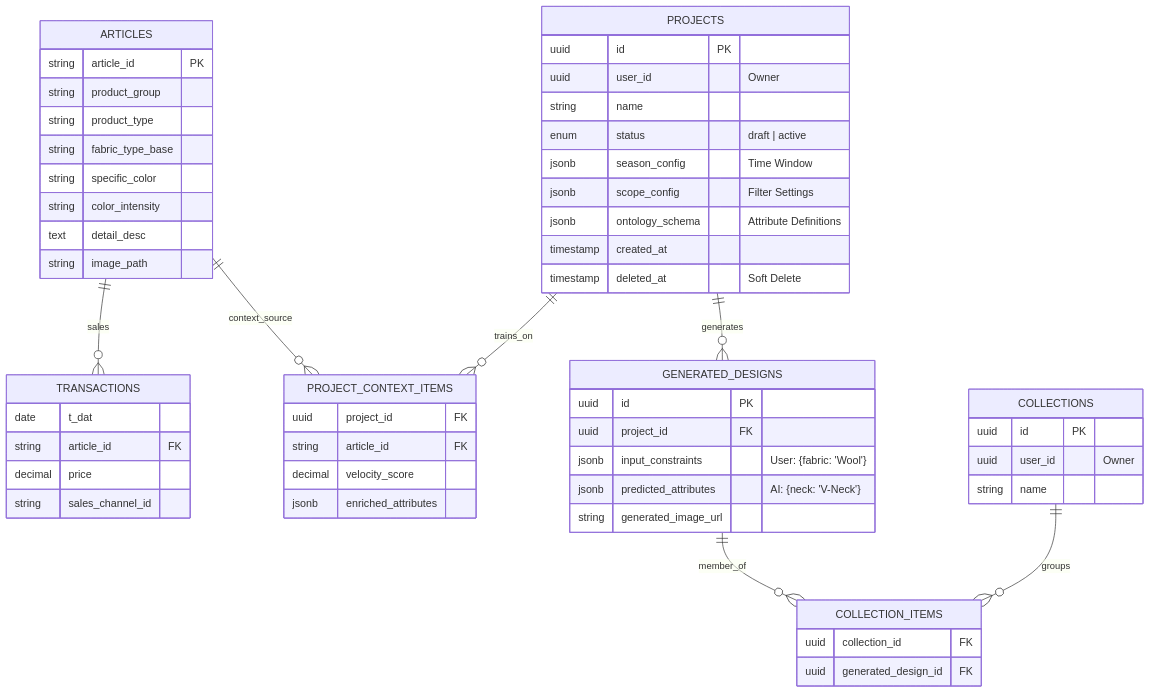
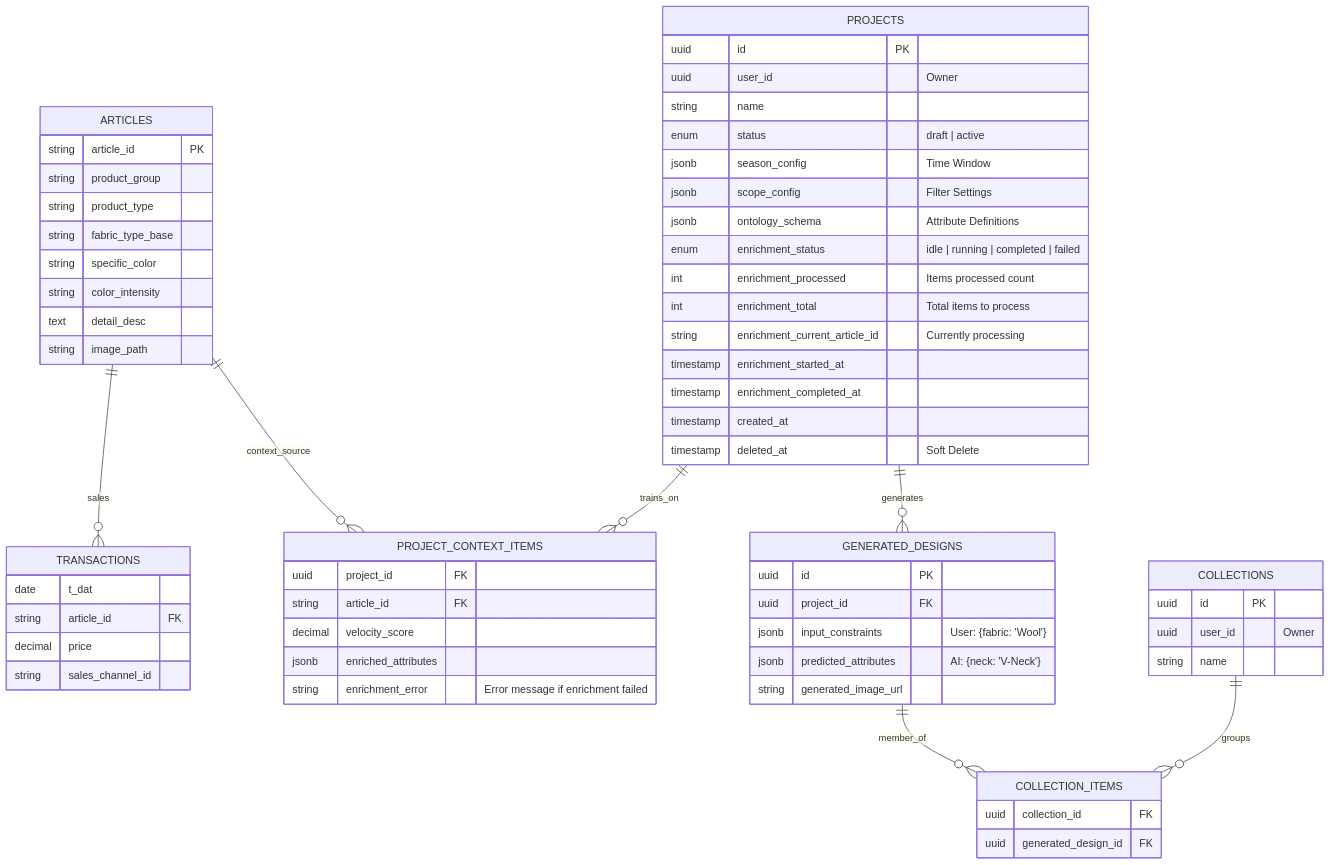
Before and after one commit to DaniPolishchuk/Fashion-Trend-Alchemist: the diagram in docs/DataModel.md, drawn with Mermaid. The commit also changed other lines of this file and 1 other file, not shown here.

````diff
--- a/docs/DataModel.md
+++ b/docs/DataModel.md
@@ -1,70 +1,77 @@
 ```mermaid
 erDiagram
     %% 1. STATIC CATALOGUE
     ARTICLES {
         string article_id PK
         string product_group
         string product_type
         string fabric_type_base
         string specific_color
         string color_intensity
         text detail_desc
         string image_path
     }
 
     TRANSACTIONS {
         date t_dat
         string article_id FK
         decimal price
         string sales_channel_id
     }
 
     %% 2. PROJECT STATE
     PROJECTS {
         uuid id PK
         uuid user_id "Owner"
         string name
         enum status "draft | active"
         jsonb season_config "Time Window"
         jsonb scope_config "Filter Settings"
         jsonb ontology_schema "Attribute Definitions"
+        enum enrichment_status "idle | running | completed | failed"
+        int enrichment_processed "Items processed count"
+        int enrichment_total "Total items to process"
+        string enrichment_current_article_id "Currently processing"
+        timestamp enrichment_started_at
+        timestamp enrichment_completed_at
         timestamp created_at
         timestamp deleted_at "Soft Delete"
     }
 
     %% 3. CONTEXT
     PROJECT_CONTEXT_ITEMS {
         uuid project_id FK
         string article_id FK
         decimal velocity_score
         jsonb enriched_attributes
+        string enrichment_error "Error message if enrichment failed"
     }
 
     %% 4. RESULTS (The Contract vs Fulfillment)
     GENERATED_DESIGNS {
         uuid id PK
         uuid project_id FK
         jsonb input_constraints "User: {fabric: 'Wool'}"
         jsonb predicted_attributes "AI: {neck: 'V-Neck'}"
         string generated_image_url
     }
 
     %% 5. COLLECTIONS
     COLLECTIONS {
         uuid id PK
         uuid user_id "Owner"
         string name
     }
 
     COLLECTION_ITEMS {
         uuid collection_id FK
         uuid generated_design_id FK
     }
 
     ARTICLES ||--o{ TRANSACTIONS : sales
     ARTICLES ||--o{ PROJECT_CONTEXT_ITEMS : context_source
     PROJECTS ||--o{ PROJECT_CONTEXT_ITEMS : trains_on
     PROJECTS ||--o{ GENERATED_DESIGNS : generates
     GENERATED_DESIGNS ||--o{ COLLECTION_ITEMS : member_of
     COLLECTIONS ||--o{ COLLECTION_ITEMS : groups
 ```
````
